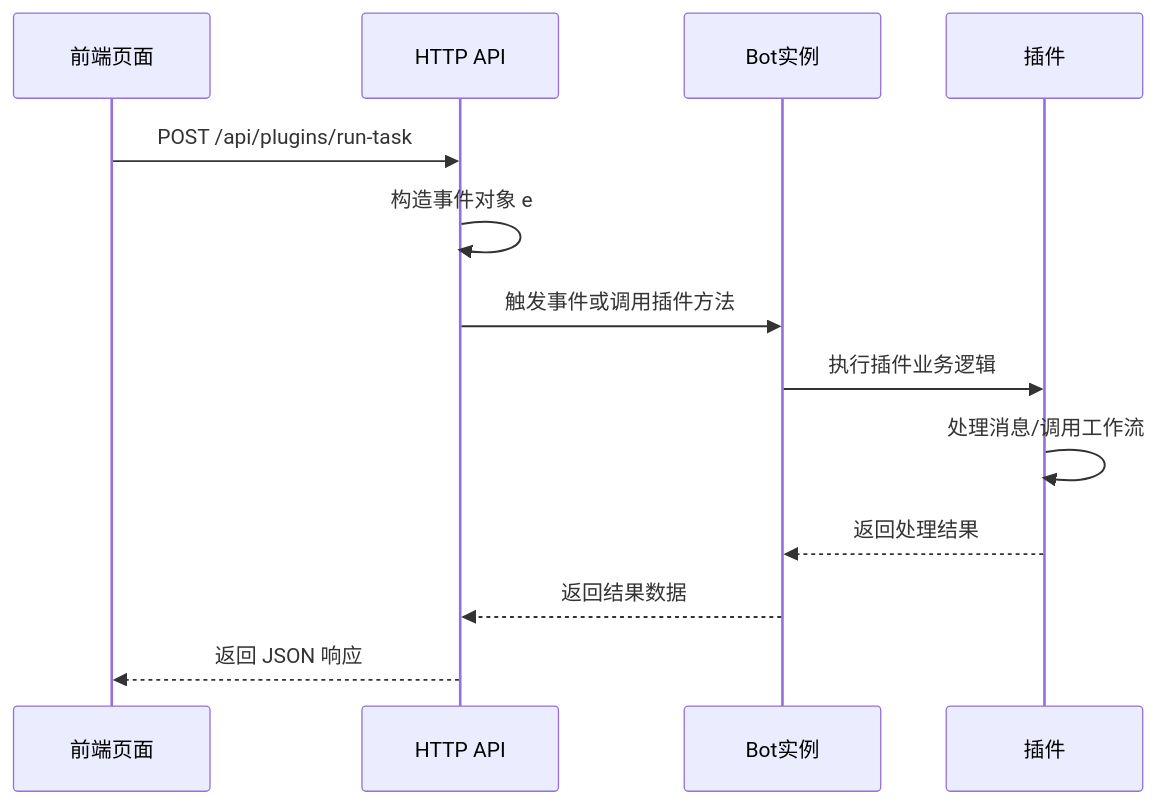
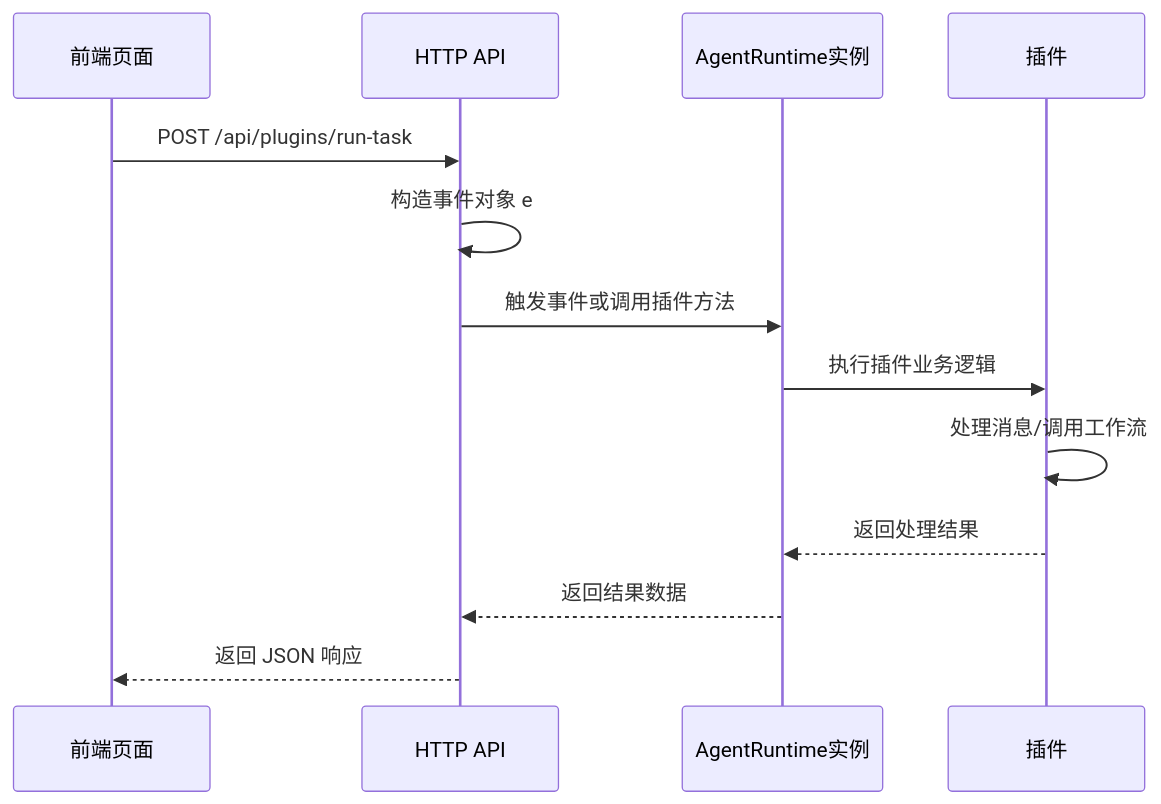
Before and after one commit to sunflowermm/XRK-AGT: the fifth of 8 diagrams in docs/app-dev.md, drawn with Mermaid. The commit also changed other lines of this file and 315 other files, not shown here.

````diff
--- a/docs/app-dev.md
+++ b/docs/app-dev.md
@@ -348,16 +348,16 @@
 ```mermaid
 sequenceDiagram
     participant FE as 前端页面
     participant API as HTTP API
-    participant Bot as Bot实例
+    participant AgentRuntime as AgentRuntime实例
     participant Plugin as 插件
     
     FE->>API: POST /api/plugins/run-task
     API->>API: 构造事件对象 e
-    API->>Bot: 触发事件或调用插件方法
-    Bot->>Plugin: 执行插件业务逻辑
+    API->>AgentRuntime: 触发事件或调用插件方法
+    AgentRuntime->>Plugin: 执行插件业务逻辑
     Plugin->>Plugin: 处理消息/调用工作流
-    Plugin-->>Bot: 返回处理结果
-    Bot-->>API: 返回结果数据
+    Plugin-->>AgentRuntime: 返回处理结果
+    AgentRuntime-->>API: 返回结果数据
     API-->>FE: 返回 JSON 响应
 ```
````
